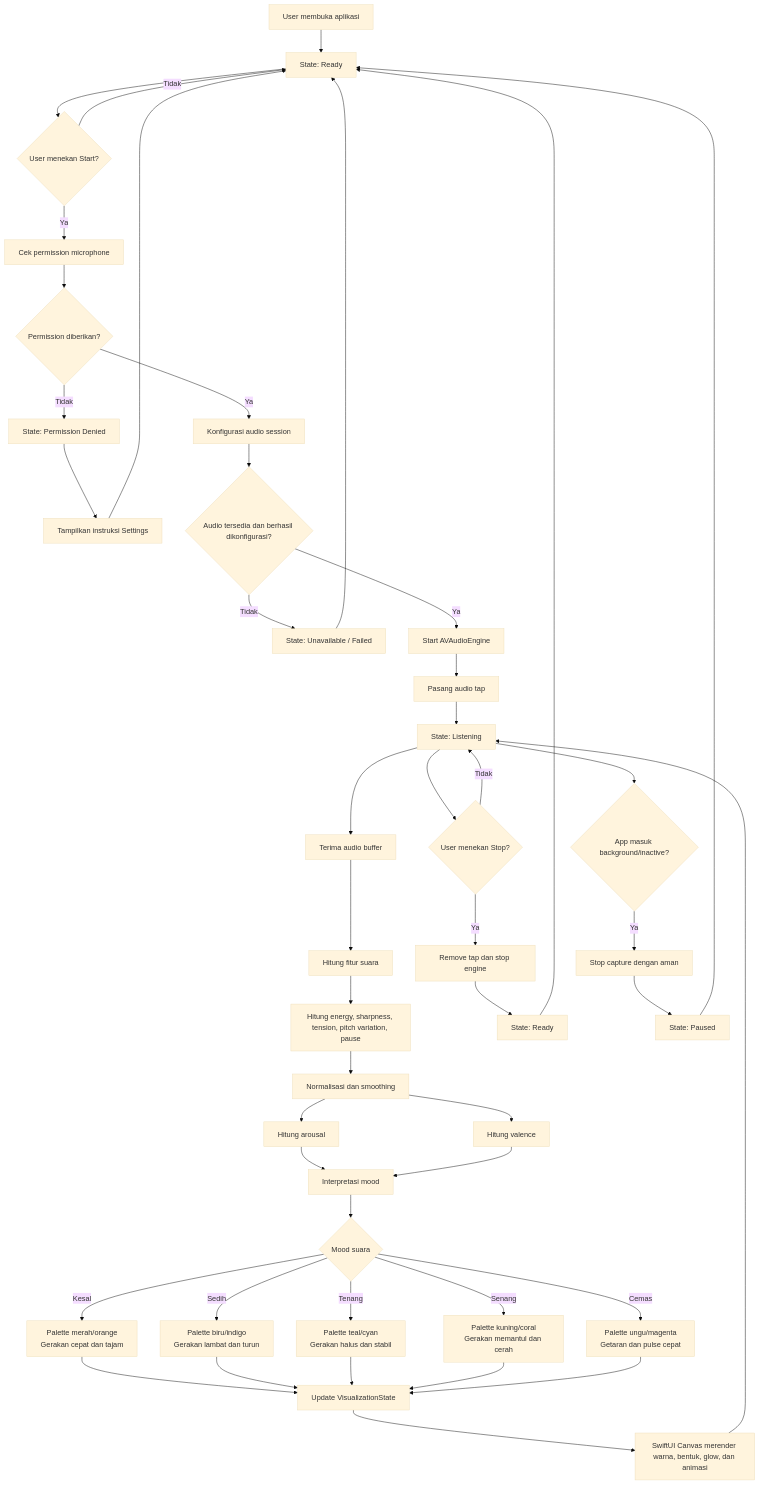
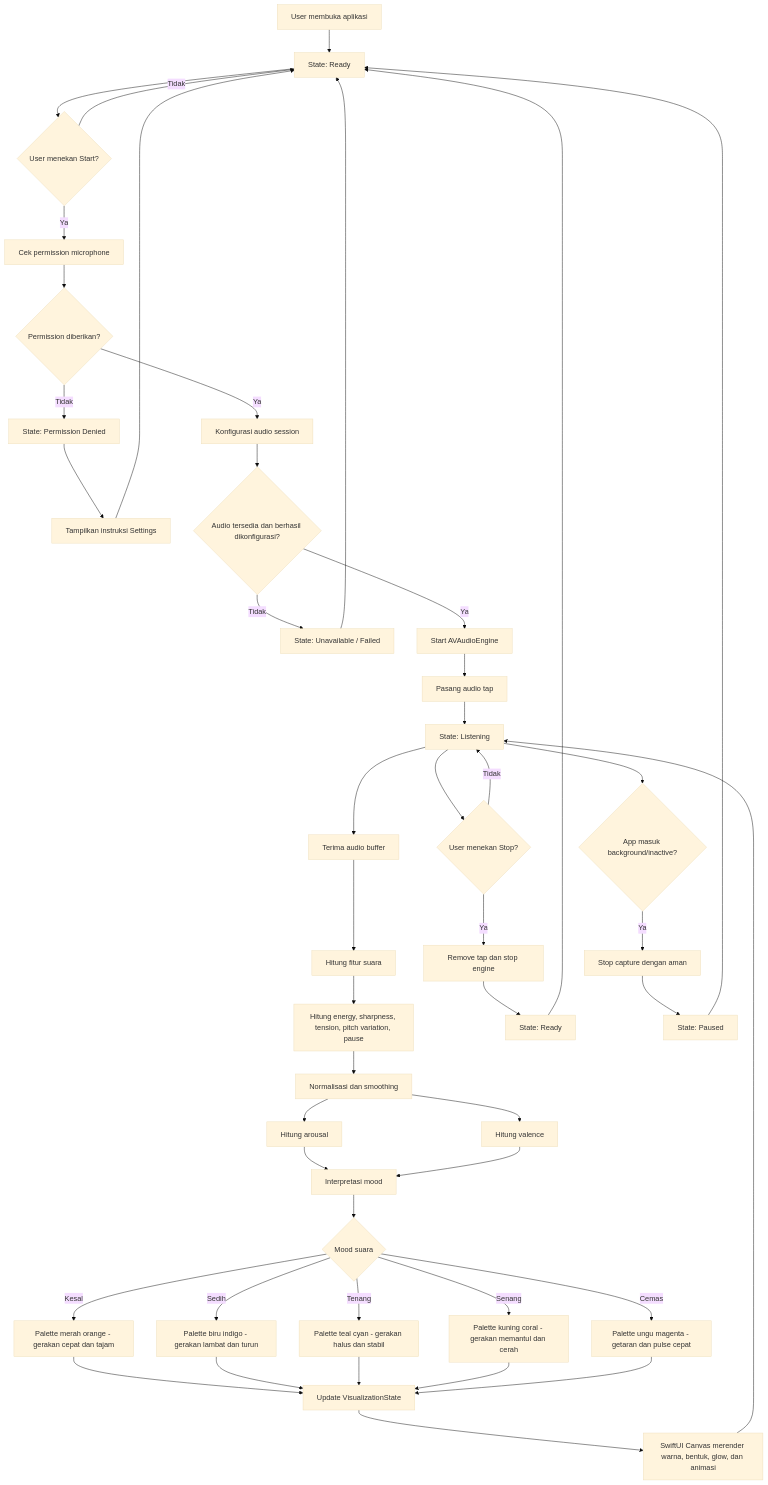
Before and after one commit to nunutech40/ConvertAudioToColor: the first of 2 diagrams in audio-to-emotion-flowcharts.md, drawn with Mermaid (base theme). The commit also changed other lines of this file, not shown here.

Commit message:
fix mermaid flowchart syntax

````diff
--- a/audio-to-emotion-flowcharts.md
+++ b/audio-to-emotion-flowcharts.md
@@ -7,61 +7,61 @@
 ```mermaid
 flowchart TD
     A[User membuka aplikasi] --> B[State: Ready]
     B --> C{User menekan Start?}
 
     C -- Tidak --> B
     C -- Ya --> D[Cek permission microphone]
 
     D --> E{Permission diberikan?}
     E -- Tidak --> F[State: Permission Denied]
     F --> G[Tampilkan instruksi Settings]
     G --> B
 
     E -- Ya --> H[Konfigurasi audio session]
     H --> I{Audio tersedia dan berhasil dikonfigurasi?}
 
     I -- Tidak --> J[State: Unavailable / Failed]
     J --> B
 
     I -- Ya --> K[Start AVAudioEngine]
     K --> L[Pasang audio tap]
     L --> M[State: Listening]
 
     M --> N[Terima audio buffer]
     N --> O[Hitung fitur suara]
     O --> P[Hitung energy, sharpness, tension, pitch variation, pause]
 
     P --> Q[Normalisasi dan smoothing]
     Q --> R[Hitung arousal]
     Q --> S[Hitung valence]
 
     R --> T[Interpretasi mood]
     S --> T
 
     T --> U{Mood suara}
-    U -- Kesal --> V[Palette merah/orange<br/>Gerakan cepat dan tajam]
-    U -- Sedih --> W[Palette biru/indigo<br/>Gerakan lambat dan turun]
-    U -- Tenang --> X[Palette teal/cyan<br/>Gerakan halus dan stabil]
-    U -- Senang --> Y[Palette kuning/coral<br/>Gerakan memantul dan cerah]
-    U -- Cemas --> Z[Palette ungu/magenta<br/>Getaran dan pulse cepat]
+    U -- Kesal --> V[Palette merah orange - gerakan cepat dan tajam]
+    U -- Sedih --> W[Palette biru indigo - gerakan lambat dan turun]
+    U -- Tenang --> X[Palette teal cyan - gerakan halus dan stabil]
+    U -- Senang --> Y[Palette kuning coral - gerakan memantul dan cerah]
+    U -- Cemas --> Z[Palette ungu magenta - getaran dan pulse cepat]
 
     V --> AA[Update VisualizationState]
     W --> AA
     X --> AA
     Y --> AA
     Z --> AA
 
     AA --> AB[SwiftUI Canvas merender warna, bentuk, glow, dan animasi]
     AB --> M
 
     M --> AC{User menekan Stop?}
     AC -- Ya --> AD[Remove tap dan stop engine]
     AD --> AE[State: Ready]
     AE --> B
     AC -- Tidak --> M
 
     M --> AF{App masuk background/inactive?}
     AF -- Ya --> AG[Stop capture dengan aman]
     AG --> AH[State: Paused]
     AH --> B
 ```
````
